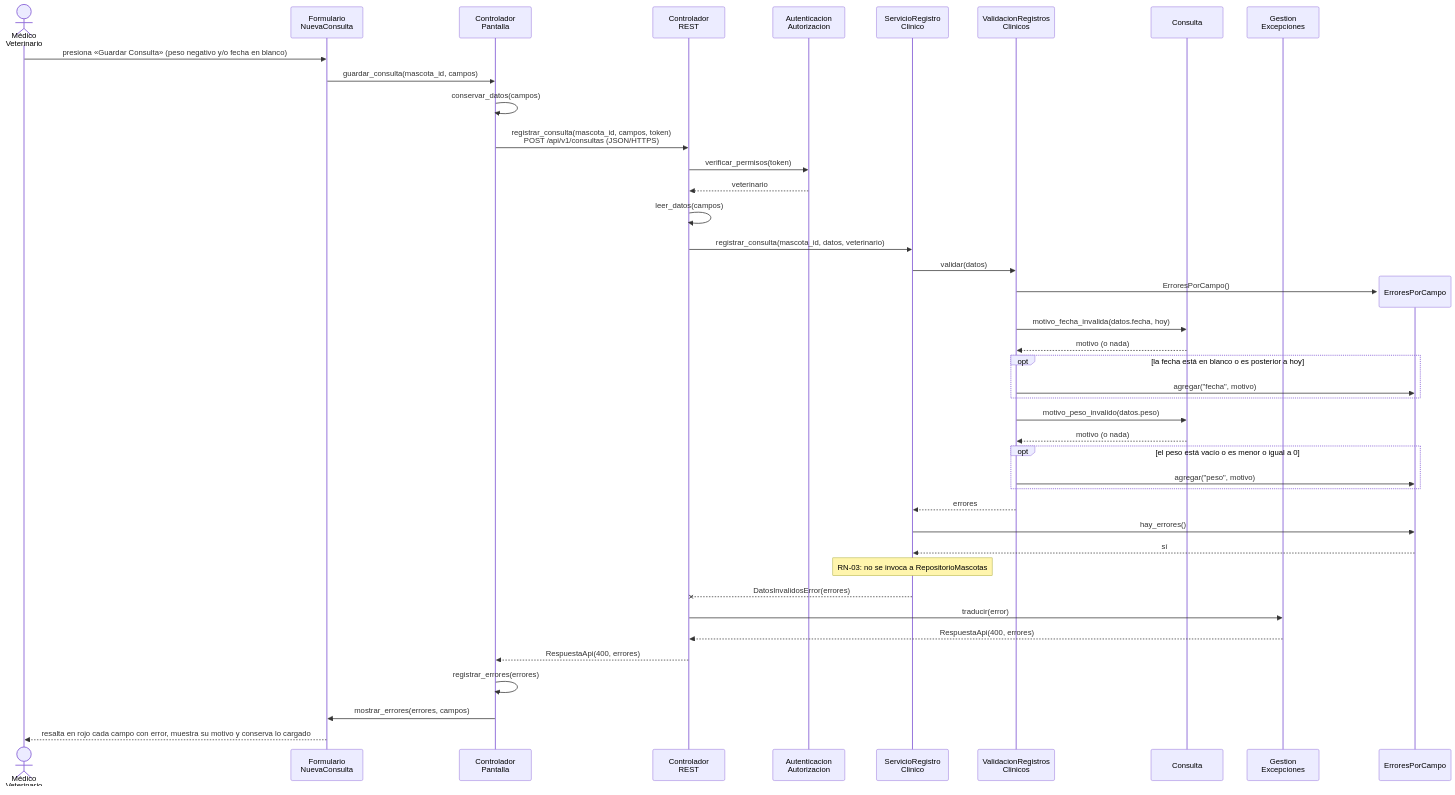
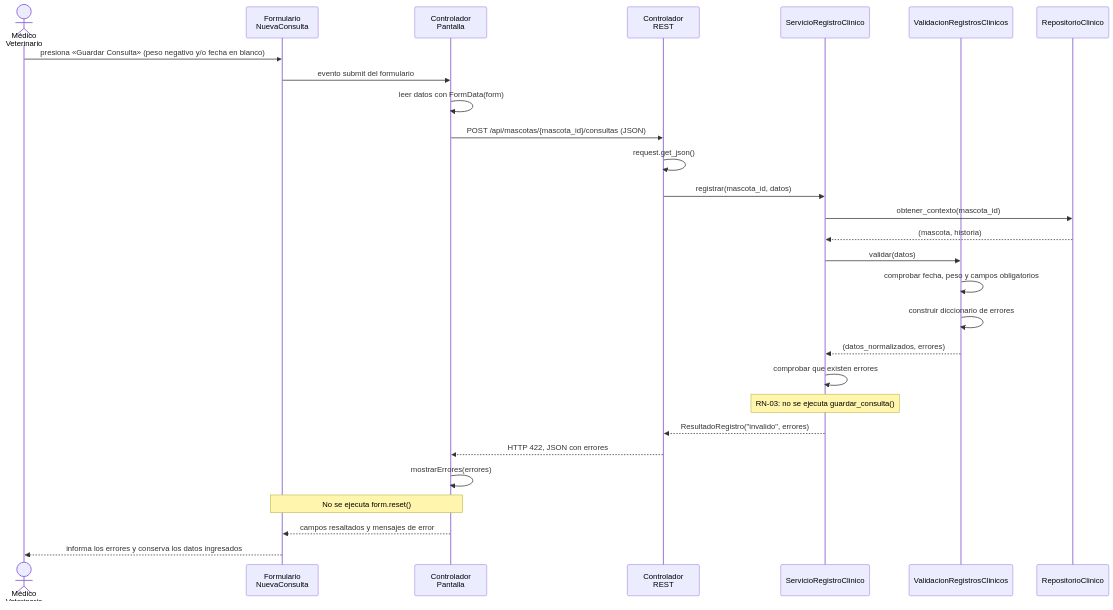
The third of 4 diagrams in docs/design/diseno-detallado.md (DinoMondino/sistema-gestion-veterinaria-2026), drawn with Mermaid before and after one commit.

````diff
--- a/docs/design/diseno-detallado.md
+++ b/docs/design/diseno-detallado.md
@@ -191,44 +191,30 @@
 ```mermaid
 sequenceDiagram
     actor Vet as Médico<br/>Veterinario
     participant UI as Formulario<br/>NuevaConsulta
     participant CP as Controlador<br/>Pantalla
     participant REST as Controlador<br/>REST
-    participant AUT as Autenticacion<br/>Autorizacion
-    participant SRC as ServicioRegistro<br/>Clinico
-    participant VAL as ValidacionRegistros<br/>Clinicos
-    participant C as Consulta
-    participant EXC as Gestion<br/>Excepciones
+    participant SRC as ServicioRegistroClinico
+    participant VAL as ValidacionRegistrosClinicos
+    participant RC as RepositorioClinico
     Vet->>UI: presiona «Guardar Consulta» (peso negativo y/o fecha en blanco)
-    UI->>CP: guardar_consulta(mascota_id, campos)
-    CP->>CP: conservar_datos(campos)
-    CP->>REST: registrar_consulta(mascota_id, campos, token)<br/>POST /api/v1/consultas (JSON/HTTPS)
-    REST->>AUT: verificar_permisos(token)
-    AUT-->>REST: veterinario
-    REST->>REST: leer_datos(campos)
-    REST->>SRC: registrar_consulta(mascota_id, datos, veterinario)
+    UI->>CP: evento submit del formulario
+    CP->>CP: leer datos con FormData(form)
+    CP->>REST: POST /api/mascotas/{mascota_id}/consultas (JSON)
+    REST->>REST: request.get_json()
+    REST->>SRC: registrar(mascota_id, datos)
+    SRC->>RC: obtener_contexto(mascota_id)
+    RC-->>SRC: (mascota, historia)
     SRC->>VAL: validar(datos)
-    create participant E as ErroresPorCampo
-    VAL->>E: ErroresPorCampo()
-    VAL->>C: motivo_fecha_invalida(datos.fecha, hoy)
-    C-->>VAL: motivo (o nada)
-    opt la fecha está en blanco o es posterior a hoy
-        VAL->>E: agregar("fecha", motivo)
-    end
-    VAL->>C: motivo_peso_invalido(datos.peso)
-    C-->>VAL: motivo (o nada)
-    opt el peso está vacío o es menor o igual a 0
-        VAL->>E: agregar("peso", motivo)
-    end
-    VAL-->>SRC: errores
-    SRC->>E: hay_errores()
-    E-->>SRC: sí
-    Note over SRC: RN-03: no se invoca a RepositorioMascotas
-    SRC--xREST: DatosInvalidosError(errores)
-    REST->>EXC: traducir(error)
-    EXC-->>REST: RespuestaApi(400, errores)
-    REST-->>CP: RespuestaApi(400, errores)
-    CP->>CP: registrar_errores(errores)
-    CP->>UI: mostrar_errores(errores, campos)
-    UI-->>Vet: resalta en rojo cada campo con error, muestra su motivo y conserva lo cargado
+    VAL->>VAL: comprobar fecha, peso y campos obligatorios
+    VAL->>VAL: construir diccionario de errores
+    VAL-->>SRC: (datos_normalizados, errores)
+    SRC->>SRC: comprobar que existen errores
+    Note over SRC: RN-03: no se ejecuta guardar_consulta()
+    SRC-->>REST: ResultadoRegistro("invalido", errores)
+    REST-->>CP: HTTP 422, JSON con errores
+    CP->>CP: mostrarErrores(errores)
+    Note over CP,UI: No se ejecuta form.reset()
+    CP-->>UI: campos resaltados y mensajes de error
+    UI-->>Vet: informa los errores y conserva los datos ingresados
 ```
````
